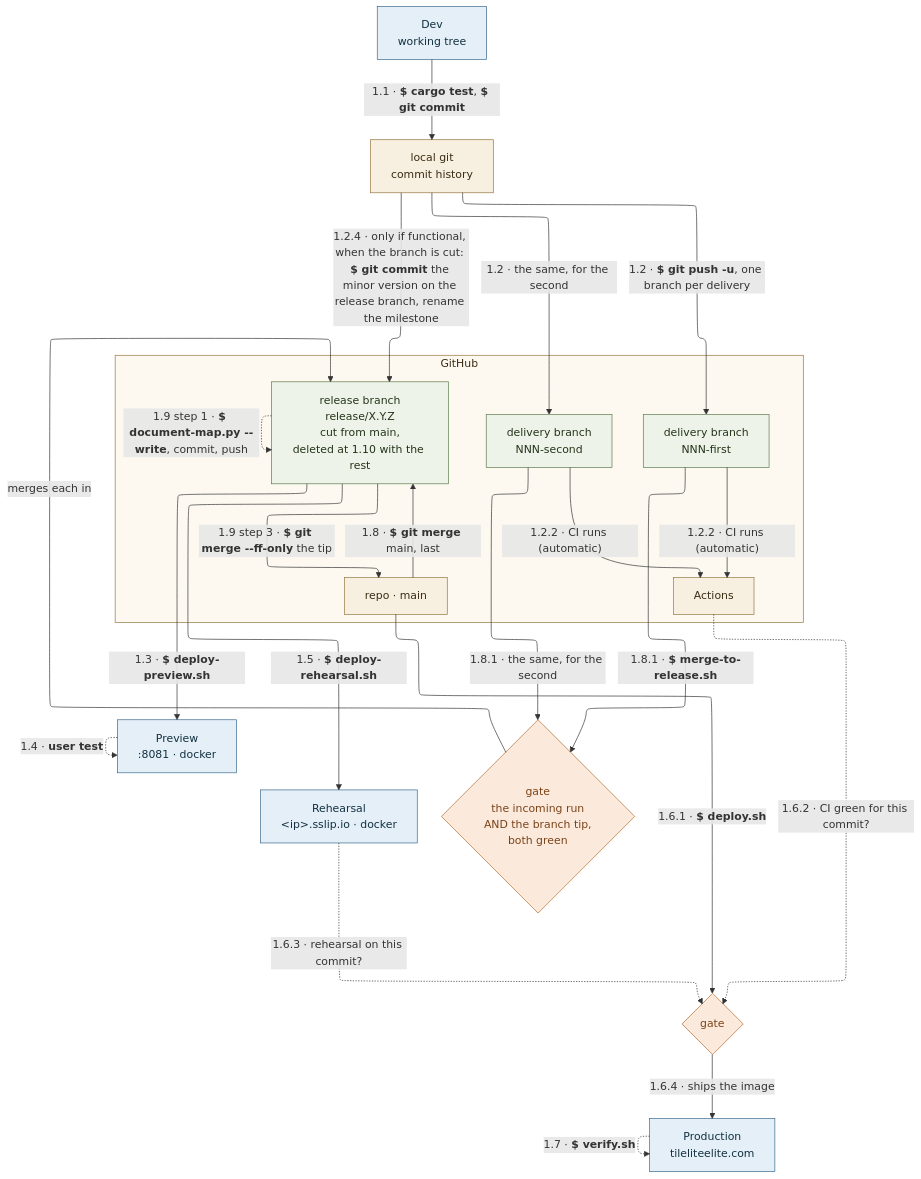
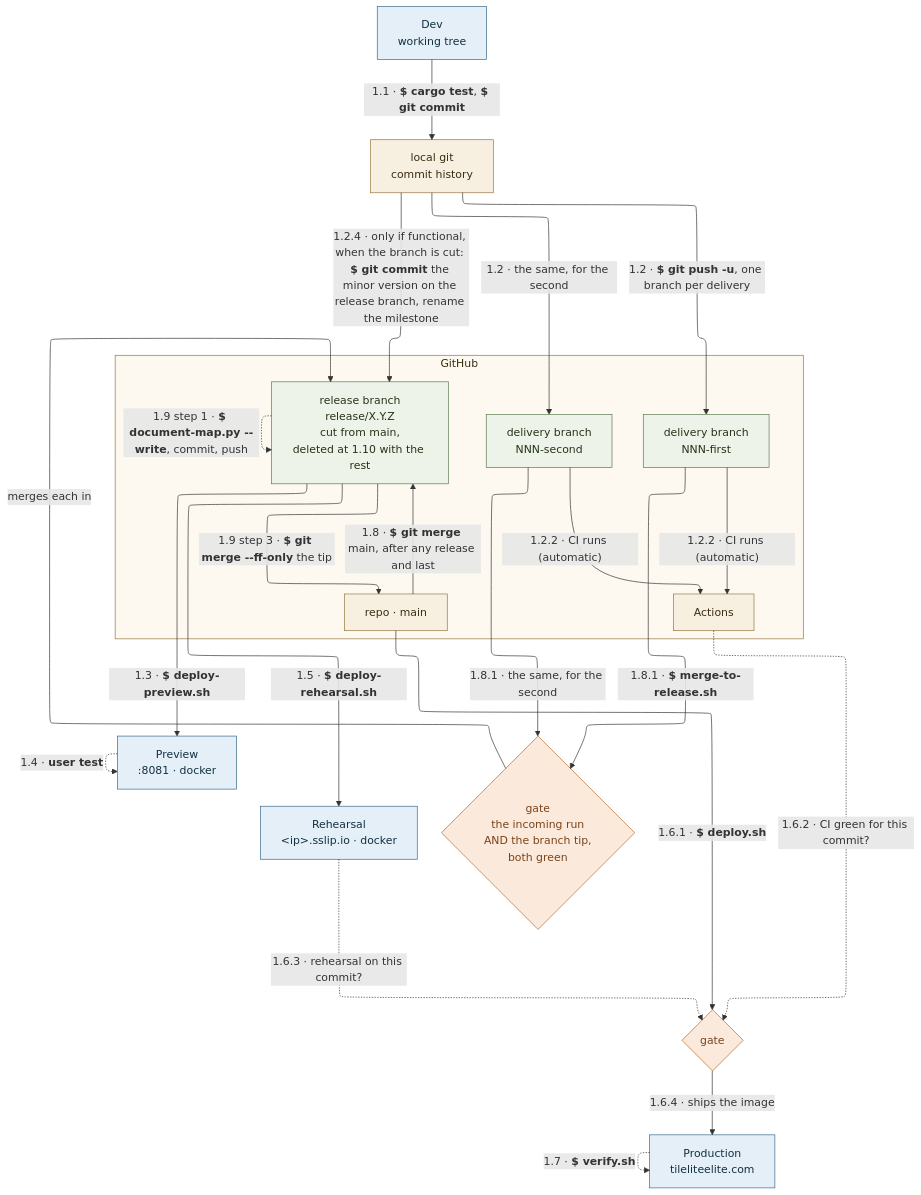
Before and after one commit to delphside/tile-lite-elite: the diagram in docs/diagrams/flavour-d-multi-delivery-release.mmd, drawn with Mermaid. The commit also changed 2 other files, not shown here.

Commit message:
app 0.9.2 api 2.16: 4.3.3 Testing, CI and release, round 8 minor fixes
Round 8 found no material fault; rounds stop.

Refs #441

Claude-Session: https://claude.ai/code/session_019ozRQv9Y2fBEFbYRFMibBh

```diff
--- a/docs/diagrams/flavour-d-multi-delivery-release.mmd
+++ b/docs/diagrams/flavour-d-multi-delivery-release.mmd
@@ -1,90 +1,90 @@
 ---
 config:
   layout: elk
   elk:
     nodePlacementStrategy: BRANDES_KOEPF
 ---
 flowchart TB
     %% Since D55 (#388) this is the EXCEPTION, not the default.
     %% A release branch is for a release that must stabilise while main
     %% moves on -- several projects proven as a set, or a release held
     %% while other work continues. A single proven delivery uses flavour
     %% C and fast-forwards main directly, because main accumulates.
     %% .
     %% The cost this avoids is 1.8: keeping a release branch current
     %% against a main that moves constantly with documentation and
     %% tooling changes.
     %% Flavour D — a release carrying several deliveries. docs/4.3.3, the
     %% flavours table: 1.1 and 1.2 per delivery, 1.2.4 if functional (when
-    %% cut), then 1.8.1 to merge each in, 1.8 to sync, 1.9 step 1, then
+    %% cut), then 1.8.1 to merge each in (1.8 first after any release), 1.8 to sync, 1.9 step 1, then
     %% 1.3, 1.4, 1.5,
     %% 1.9 step 3, 1.6, 1.7, 1.10.
     %% .
     %% The only difference from C is where the gathering happens. One
     %% delivery fast-forwards main directly; several are gathered on a
     %% release branch first and the branch tip is what is proved. Everything
     %% from 1.3 onwards is identical to C.
     %% .
     %% 1.8.1 is a gate, not a merge command: merge-to-release.sh judges the
     %% incoming pull request's run AND the release branch's current tip, and
     %% a missing run refuses. What it reads is in its own label rather than
     %% drawn as an arrow from Actions: that edge pulled the gate down beside
     %% Actions, and its merge into the release branch then wrapped the whole
     %% diagram to climb back. That is the point of the flavour — each
     %% delivery joins a branch that is known green, rather than several
     %% arriving on main and being sorted out afterwards.
     %% .
     %% 1.8 syncs with main LAST, immediately before rehearsing, so anything
     %% that landed on main while the release was being gathered is in what
     %% gets proved.
     %% .
     %% Two delivery branches are drawn because two is what makes the flavour
     %% different from C. Three or more add nothing to the picture.
     %% .
     %% Cutting the branch and deleting it (1.10) are in the release
     %% branch's own label rather than drawn as arrows from main. Both are
     %% housekeeping at the ends of the flavour, and as edges they wrapped the
     %% whole diagram to reach a node that already sits below main.
     DEV["Dev<br/>working tree"]
     LG["local git<br/>commit history"]
     subgraph GH["GitHub"]
         MAIN["repo · main"]
         ACT["Actions"]
         BR1["delivery branch<br/>NNN-first"]
         BR2["delivery branch<br/>NNN-second"]
         REL["release branch<br/>release/X.Y.Z<br/>cut from main,<br/>deleted at 1.10 with the rest"]
     end
     STG["Preview<br/>:8081 · docker"]
     REH["Rehearsal<br/>&lt;ip&gt;.sslip.io · docker"]
     PROD["Production<br/>tileliteelite.com"]
 
     DEV -->|"`1.1 · **$ cargo test**, **$ git commit**`"| LG
     LG -->|"`1.2 · **$ git push -u**, one branch per delivery`"| BR1
     LG -->|"1.2 · the same, for the second"| BR2
     BR1 -->|"1.2.2 · CI runs (automatic)"| ACT
     BR2 -->|"1.2.2 · CI runs (automatic)"| ACT
     BR1 -->|"`1.8.1 · **$ merge-to-release.sh**`"| MG{"gate<br/>the incoming run<br/>AND the branch tip,<br/>both green"}
     BR2 -->|"`1.8.1 · the same, for the second`"| MG
     MG -->|"merges each in"| REL
-    MAIN -->|"`1.8 · **$ git merge** main, last`"| REL
+    MAIN -->|"`1.8 · **$ git merge** main, after any release and last`"| REL
     LG -->|"`1.2.4 · only if functional, when the branch is cut: **$ git commit** the minor version on the release branch, rename the milestone`"| REL
     REL -.->|"`1.9 step 1 · **$ document-map.py --write**, commit, push`"| REL
     REL -->|"`1.3 · **$ deploy-preview.sh**`"| STG
     STG -.->|"`1.4 · **user test**`"| STG
     REL -->|"`1.5 · **$ deploy-rehearsal.sh**`"| REH
     REL -->|"`1.9 step 3 · **$ git merge --ff-only** the tip`"| MAIN
     MAIN -->|"`1.6.1 · **$ deploy.sh**`"| GATE{"gate"}
     ACT -.->|"1.6.2 · CI green for this commit?"| GATE
     REH -.->|"1.6.3 · rehearsal on this commit?"| GATE
     GATE -->|"1.6.4 · ships the image"| PROD
     PROD -.->|"`1.7 · **$ verify.sh**`"| PROD
 
     classDef gate fill:#fbe9dc,stroke:#b06a2c,color:#7a4318
     classDef env fill:#e4eff8,stroke:#39698c,color:#12303f
     classDef repo fill:#f7efe0,stroke:#96763f,color:#3a2c12
     classDef branch fill:#eef3ea,stroke:#5c7a4a,color:#243418
     class DEV,STG,REH,PROD env
     class LG,MAIN,ACT repo
     class BR1,BR2,REL branch
     class MG,GATE gate
     style GH fill:#fdf9f1,stroke:#96763f,color:#3a2c12
```
